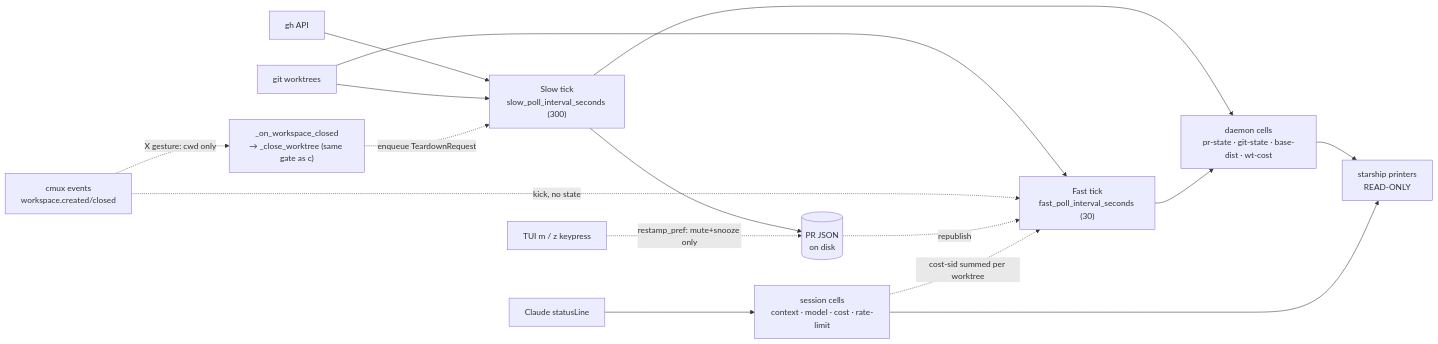
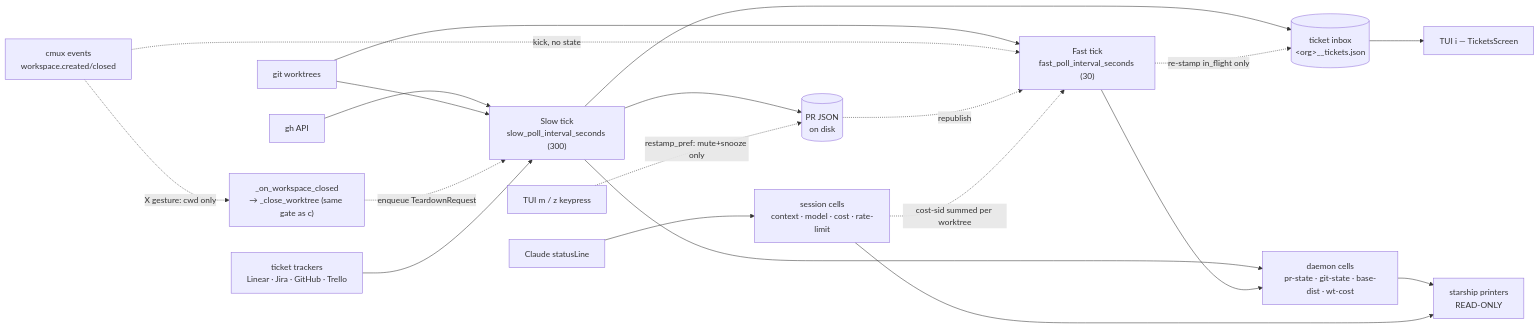
The fifth of 5 diagrams in docs/state-machine.md (khivi/cockpit), drawn with Mermaid before and after one commit. The commit also changed other lines of this file and 23 other files, not shown here.

````diff
--- a/docs/state-machine.md
+++ b/docs/state-machine.md
@@ -452,22 +463,27 @@
 ```mermaid
 flowchart LR
   GH["gh API"] --> SLOW["Slow tick<br/>slow_poll_interval_seconds (300)"]
   GIT["git worktrees"] --> SLOW
   GIT --> FAST["Fast tick<br/>fast_poll_interval_seconds (30)"]
   EV["cmux events<br/>workspace.created/closed"] -.kick, no state.-> FAST
   EV -.X gesture: cwd only.-> XCLOSE["_on_workspace_closed<br/>→ _close_worktree (same gate as c)"]
   XCLOSE -.enqueue TeardownRequest.-> SLOW
 
   SLOW --> DISK[("PR JSON<br/>on disk")]
   DISK -.republish.-> FAST
   KEY["TUI m / z keypress"] -.restamp_pref: mute+snooze only.-> DISK
 
+  TRK["ticket trackers<br/>Linear · Jira · GitHub · Trello"] --> SLOW
+  SLOW --> INBOX[("ticket inbox<br/>&lt;org&gt;__tickets.json")]
+  FAST -.re-stamp in_flight only.-> INBOX
+  INBOX --> IKEY["TUI i — TicketsScreen"]
+
   SLOW --> CELLS["daemon cells<br/>pr-state · git-state · base-dist · wt-cost"]
   FAST --> CELLS
 
   STDIN["Claude statusLine"] --> SESS["session cells<br/>context · model · cost · rate-limit"]
   SESS -.cost-sid summed per worktree.-> FAST
 
   CELLS --> RENDER["starship printers<br/>READ-ONLY"]
   SESS --> RENDER
 ```
````
